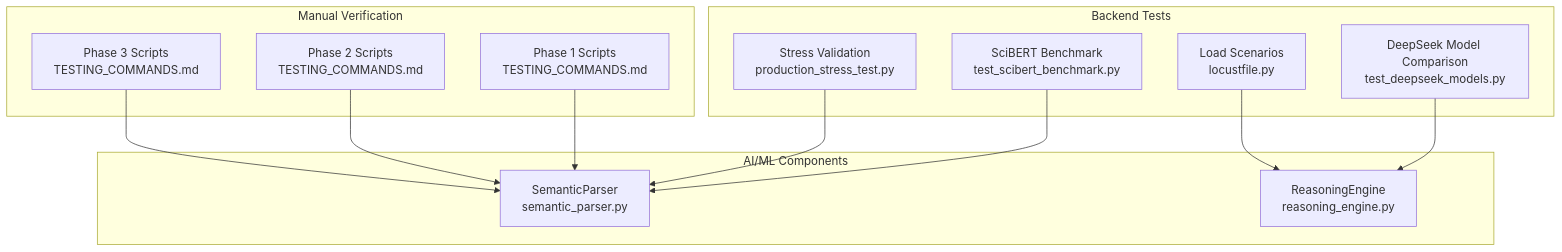
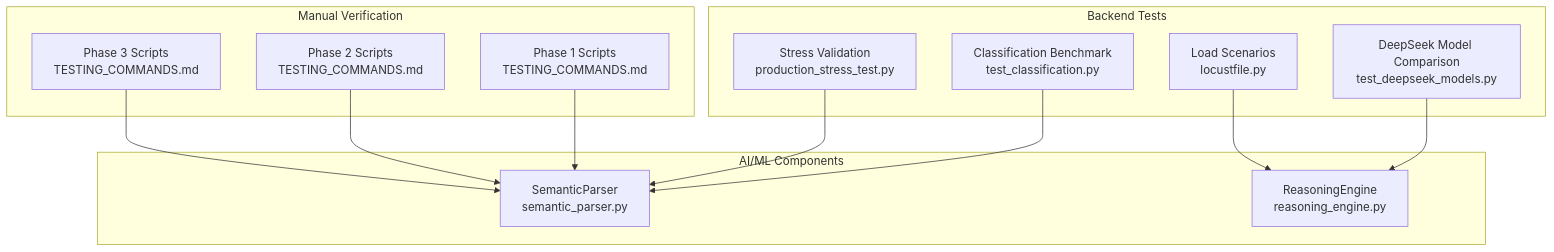
Before and after one commit to rohitkumarnaidu/ScholarFormAI: the first of 10 diagrams in .docs/content/Testing Strategy/Backend Testing/Specialized Testing.md, drawn with Mermaid. The commit also changed other lines of this file and 6 other files, not shown here.

First line of the commit message:
docs: update testing, API, and architecture docs in .docs/

````diff
--- a/.docs/content/Testing Strategy/Backend Testing/Specialized Testing.md
+++ b/.docs/content/Testing Strategy/Backend Testing/Specialized Testing.md
@@ -52,25 +52,25 @@
 ```mermaid
 graph TB
 subgraph "Backend Tests"
-T1["SciBERT Benchmark<br/>test_scibert_benchmark.py"]
+T1["Classification Benchmark<br/>test_classification.py"]
 T2["DeepSeek Model Comparison<br/>test_deepseek_models.py"]
 T3["Load Scenarios<br/>locustfile.py"]
 T4["Stress Validation<br/>production_stress_test.py"]
 end
 subgraph "Manual Verification"
 M1["Phase 1 Scripts<br/>TESTING_COMMANDS.md"]
 M2["Phase 2 Scripts<br/>TESTING_COMMANDS.md"]
 M3["Phase 3 Scripts<br/>TESTING_COMMANDS.md"]
 end
 subgraph "AI/ML Components"
 C1["SemanticParser<br/>semantic_parser.py"]
 C2["ReasoningEngine<br/>reasoning_engine.py"]
 end
 T1 --> C1
 T2 --> C2
 T3 --> C2
 T4 --> C1
 M1 --> C1
 M2 --> C1
 M3 --> C1
 ```
````
